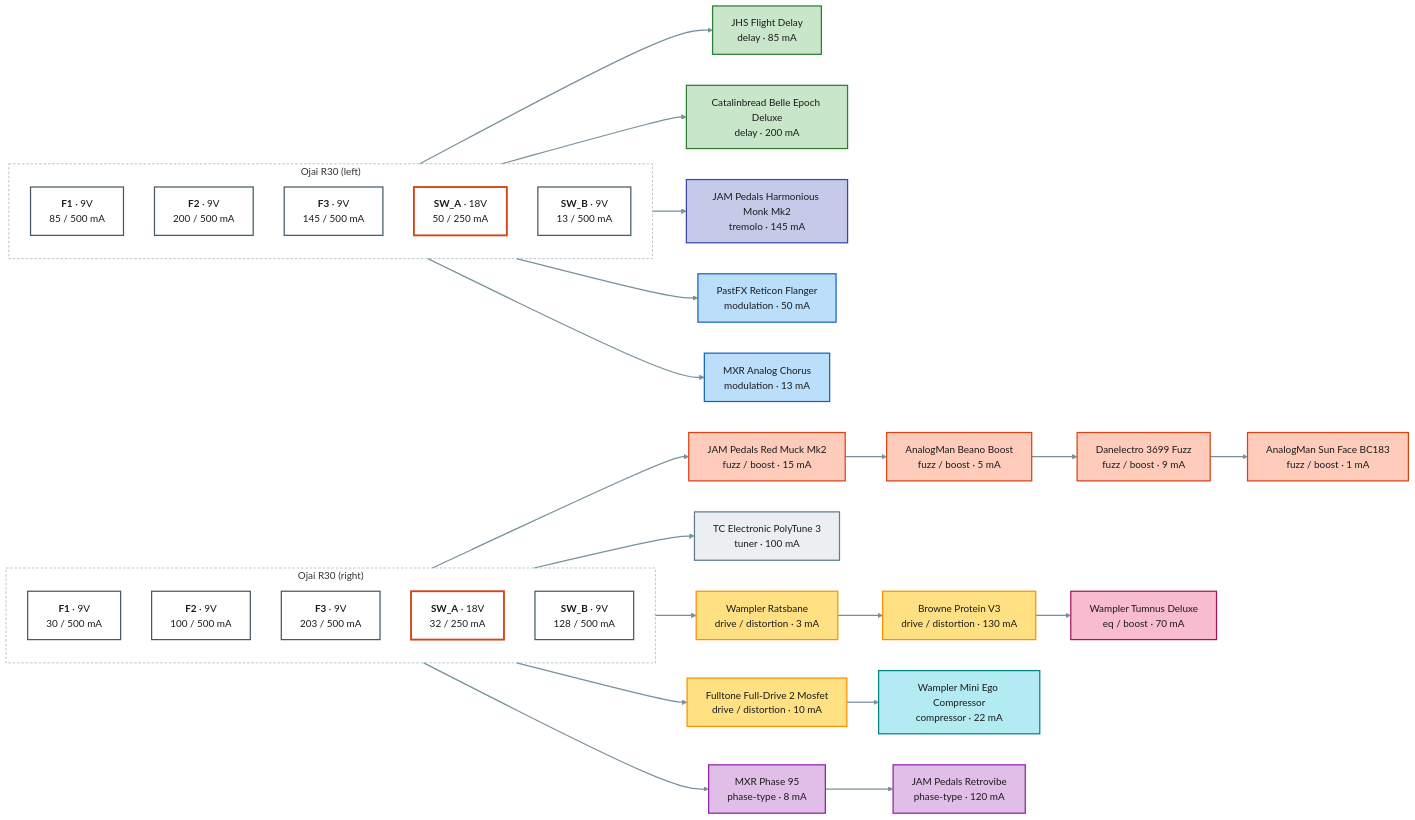
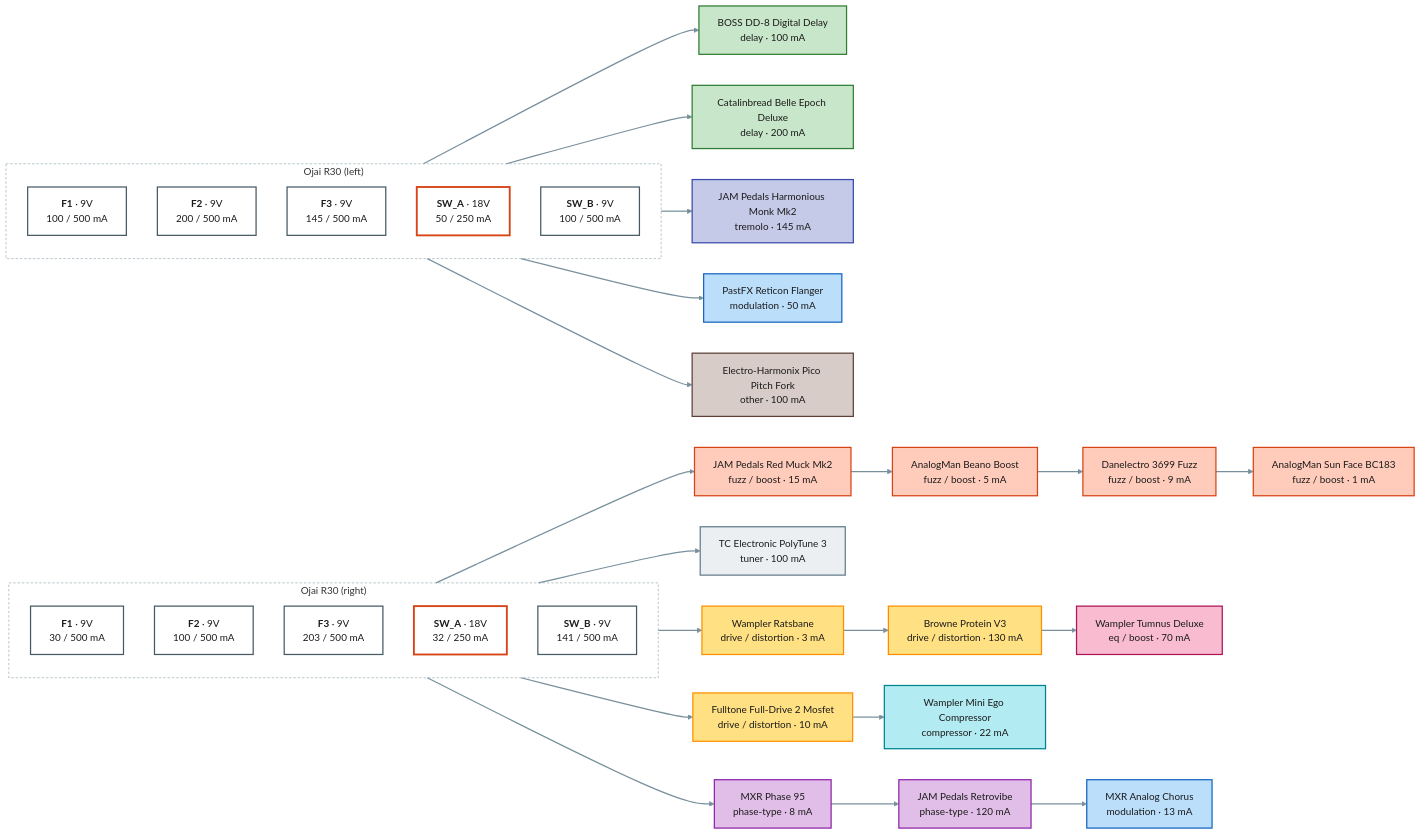
The diagram in projects/guitar-gig/power.mmd (pedroacvieira/pedalboard), drawn with Mermaid before and after one commit. The commit also changed 46 other files, not shown here.

```diff
--- a/projects/guitar-gig/power.mmd
+++ b/projects/guitar-gig/power.mmd
@@ -1,66 +1,69 @@
 flowchart LR
     subgraph psu1["Ojai R30 (left)"]
         direction TB
-        psu1_F1["<b>F1</b> · 9V<br/>85 / 500 mA"]:::out9
+        psu1_F1["<b>F1</b> · 9V<br/>100 / 500 mA"]:::out9
         psu1_F2["<b>F2</b> · 9V<br/>200 / 500 mA"]:::out9
         psu1_F3["<b>F3</b> · 9V<br/>145 / 500 mA"]:::out9
         psu1_SW_A["<b>SW_A</b> · 18V<br/>50 / 250 mA"]:::out18
-        psu1_SW_B["<b>SW_B</b> · 9V<br/>13 / 500 mA"]:::out9
+        psu1_SW_B["<b>SW_B</b> · 9V<br/>100 / 500 mA"]:::out9
     end
     subgraph psu2["Ojai R30 (right)"]
         direction TB
         psu2_F1["<b>F1</b> · 9V<br/>30 / 500 mA"]:::out9
         psu2_F2["<b>F2</b> · 9V<br/>100 / 500 mA"]:::out9
         psu2_F3["<b>F3</b> · 9V<br/>203 / 500 mA"]:::out9
         psu2_SW_A["<b>SW_A</b> · 18V<br/>32 / 250 mA"]:::out18
-        psu2_SW_B["<b>SW_B</b> · 9V<br/>128 / 500 mA"]:::out9
+        psu2_SW_B["<b>SW_B</b> · 9V<br/>141 / 500 mA"]:::out9
     end
-    flight_delay["JHS Flight Delay<br/>delay · 85 mA"]:::c_delay
+    boss_dd8["BOSS DD-8 Digital Delay<br/>delay · 100 mA"]:::c_delay
     belle_epoch["Catalinbread Belle Epoch Deluxe<br/>delay · 200 mA"]:::c_delay
     monk["JAM Pedals Harmonious Monk Mk2<br/>tremolo · 145 mA"]:::c_tremolo
     reticon["PastFX Reticon Flanger<br/>modulation · 50 mA"]:::c_modulation
-    analog_chorus["MXR Analog Chorus<br/>modulation · 13 mA"]:::c_modulation
+    ehx_pico_pitch_fork["Electro-Harmonix Pico Pitch Fork<br/>other · 100 mA"]:::c_other
     red_muck["JAM Pedals Red Muck Mk2<br/>fuzz / boost · 15 mA"]:::c_fuzz___boost
     beano["AnalogMan Beano Boost<br/>fuzz / boost · 5 mA"]:::c_fuzz___boost
     danelectro_3699["Danelectro 3699 Fuzz<br/>fuzz / boost · 9 mA"]:::c_fuzz___boost
     sun_face["AnalogMan Sun Face BC183<br/>fuzz / boost · 1 mA"]:::c_fuzz___boost
     polytune_3["TC Electronic PolyTune 3<br/>tuner · 100 mA"]:::c_tuner
     ratsbane["Wampler Ratsbane<br/>drive / distortion · 3 mA"]:::c_drive___distortion
     protein["Browne Protein V3<br/>drive / distortion · 130 mA"]:::c_drive___distortion
     tumnus_deluxe["Wampler Tumnus Deluxe<br/>eq / boost · 70 mA"]:::c_eq___boost
     fulldrive_2["Fulltone Full-Drive 2 Mosfet<br/>drive / distortion · 10 mA"]:::c_drive___distortion
     mini_ego["Wampler Mini Ego Compressor<br/>compressor · 22 mA"]:::c_compressor
     phase_95["MXR Phase 95<br/>phase-type · 8 mA"]:::c_phase_type
     retrovibe["JAM Pedals Retrovibe<br/>phase-type · 120 mA"]:::c_phase_type
-    psu1_F1 --> flight_delay
+    analog_chorus["MXR Analog Chorus<br/>modulation · 13 mA"]:::c_modulation
+    psu1_F1 --> boss_dd8
     psu1_F2 --> belle_epoch
     psu1_F3 --> monk
     psu1_SW_A --> reticon
-    psu1_SW_B --> analog_chorus
+    psu1_SW_B --> ehx_pico_pitch_fork
     psu2_F1 --> red_muck
     red_muck --> beano
     beano --> danelectro_3699
     danelectro_3699 --> sun_face
     psu2_F2 --> polytune_3
     psu2_F3 --> ratsbane
     ratsbane --> protein
     protein --> tumnus_deluxe
     psu2_SW_A --> fulldrive_2
     fulldrive_2 --> mini_ego
     psu2_SW_B --> phase_95
     phase_95 --> retrovibe
+    retrovibe --> analog_chorus
     classDef out9 fill:#ffffff,stroke:#455a64,stroke-width:2px,color:#1b1b1b
     classDef out18 fill:#ffffff,stroke:#d84315,stroke-width:3px,color:#1b1b1b
     classDef spare fill:#fafafa,stroke:#9e9e9e,stroke-dasharray:4 3,color:#757575
     classDef c_tuner fill:#eceff1,stroke:#607d8b,stroke-width:2px,color:#1b1b1b
     classDef c_compressor fill:#b2ebf2,stroke:#00838f,stroke-width:2px,color:#1b1b1b
     classDef c_fuzz___boost fill:#ffccbc,stroke:#d84315,stroke-width:2px,color:#1b1b1b
     classDef c_drive___distortion fill:#ffe082,stroke:#ff8f00,stroke-width:2px,color:#1b1b1b
     classDef c_phase_type fill:#e1bee7,stroke:#8e24aa,stroke-width:2px,color:#1b1b1b
     classDef c_modulation fill:#bbdefb,stroke:#1565c0,stroke-width:2px,color:#1b1b1b
     classDef c_tremolo fill:#c5cae9,stroke:#3949ab,stroke-width:2px,color:#1b1b1b
     classDef c_delay fill:#c8e6c9,stroke:#2e7d32,stroke-width:2px,color:#1b1b1b
     classDef c_eq___boost fill:#f8bbd0,stroke:#ad1457,stroke-width:2px,color:#1b1b1b
+    classDef c_other fill:#d7ccc8,stroke:#5d4037,stroke-width:2px,color:#1b1b1b
     style psu1 fill:none,stroke:#90a4ae,stroke-dasharray:4 3
     style psu2 fill:none,stroke:#90a4ae,stroke-dasharray:4 3
     linkStyle default stroke:#78909c,stroke-width:2px
```
